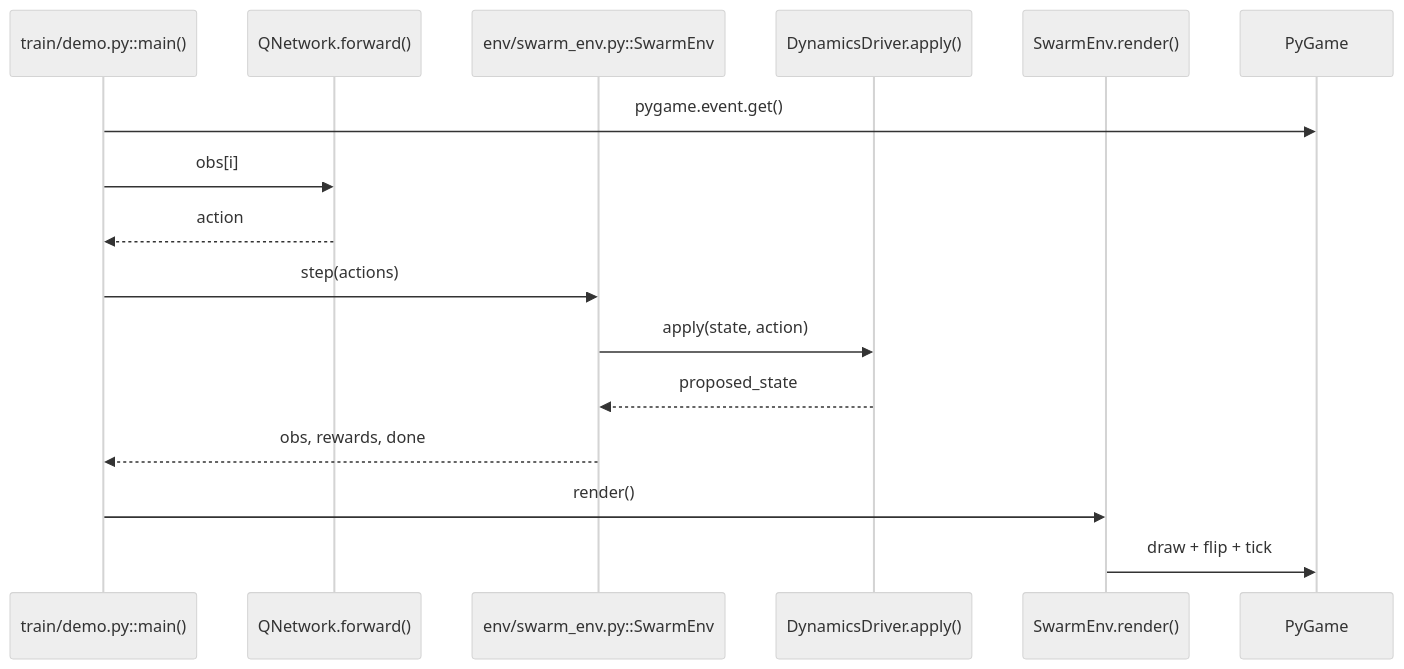
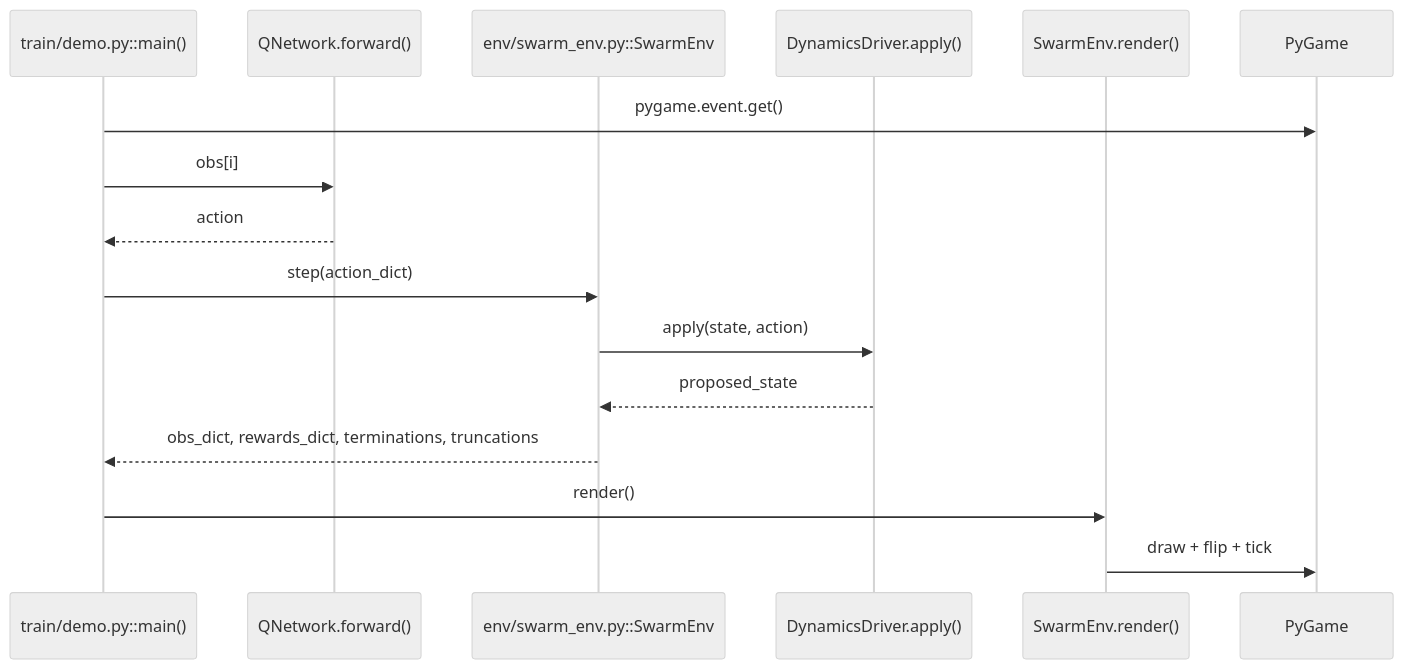
One commit to titancoder12/swarm_robotic_rl changed the second of 6 diagrams in docs/UML.md. Above: the diagram before and after it, drawn with Mermaid (neutral theme). The commit also changed other lines of this file and 5 other files, not shown here.

````diff
--- a/docs/UML.md
+++ b/docs/UML.md
@@ -30,19 +30,19 @@
 ```mermaid
 sequenceDiagram
   participant Demo as train/demo.py::main()
   participant Policy as QNetwork.forward()
   participant Env as env/swarm_env.py::SwarmEnv
   participant Driver as DynamicsDriver.apply()
   participant Render as SwarmEnv.render()
   participant PG as PyGame
 
   Demo->>PG: pygame.event.get()
   Demo->>Policy: obs[i]
   Policy-->>Demo: action
-  Demo->>Env: step(actions)
+  Demo->>Env: step(action_dict)
   Env->>Driver: apply(state, action)
   Driver-->>Env: proposed_state
-  Env-->>Demo: obs, rewards, done
+  Env-->>Demo: obs_dict, rewards_dict, terminations, truncations
   Demo->>Render: render()
   Render->>PG: draw + flip + tick
 ```
````
